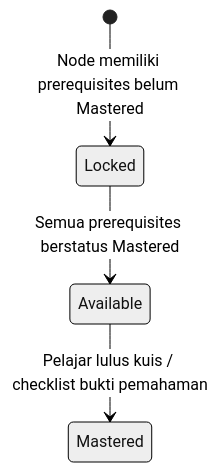
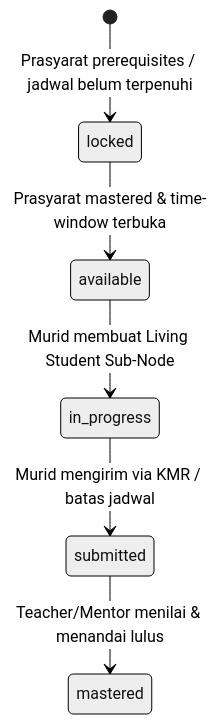
Before and after one commit to mjd-code/obmap-meed: the second of 2 diagrams in docs/06-lms/lms-vision.md, drawn with Mermaid (neutral theme). The commit also changed other lines of this file and 48 other files, not shown here.

````diff
--- a/docs/06-lms/lms-vision.md
+++ b/docs/06-lms/lms-vision.md
@@ -29,6 +45,8 @@
 ```mermaid
 stateDiagram-v2
-    [*] --> Locked: Node memiliki prerequisites belum Mastered
-    Locked --> Available: Semua prerequisites berstatus Mastered
-    Available --> Mastered: Pelajar lulus kuis / checklist bukti pemahaman
+    [*] --> locked: Prasyarat prerequisites / jadwal belum terpenuhi
+    locked --> available: Prasyarat mastered & time-window terbuka
+    available --> in_progress: Murid membuat Living Student Sub-Node
+    in_progress --> submitted: Murid mengirim via KMR / batas jadwal
+    submitted --> mastered: Teacher/Mentor menilai & menandai lulus
 ```
````
